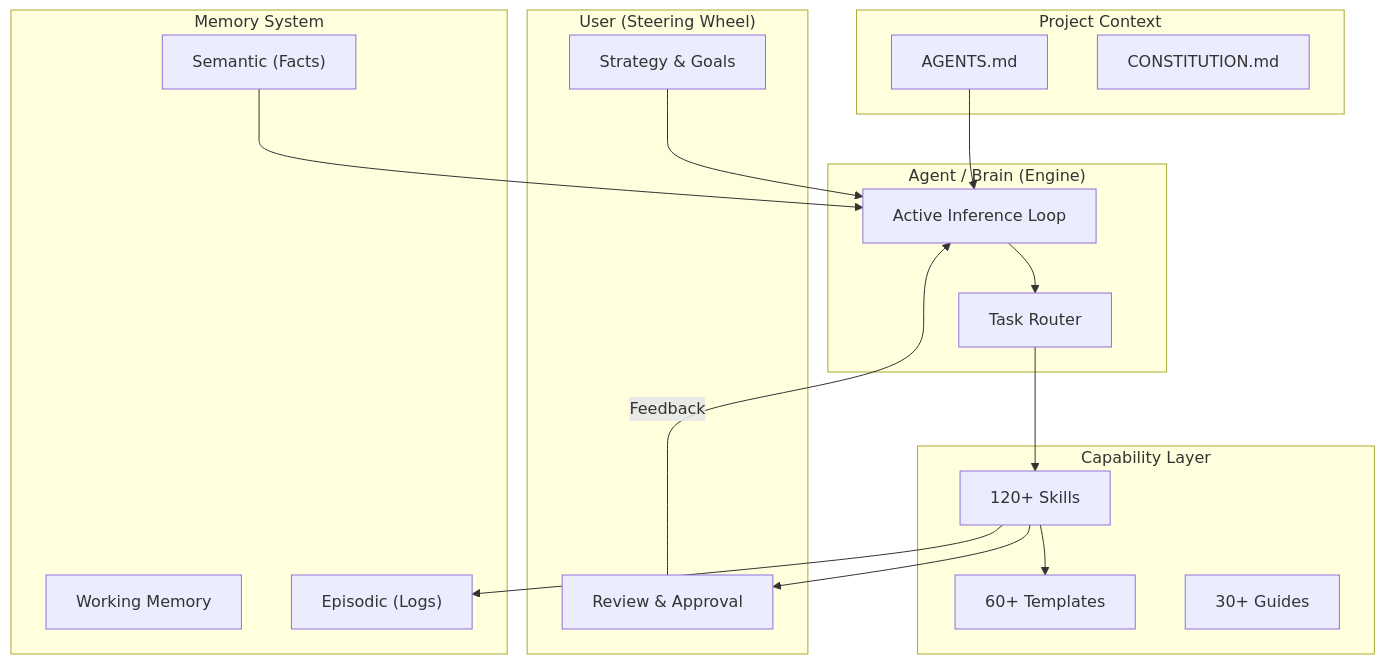
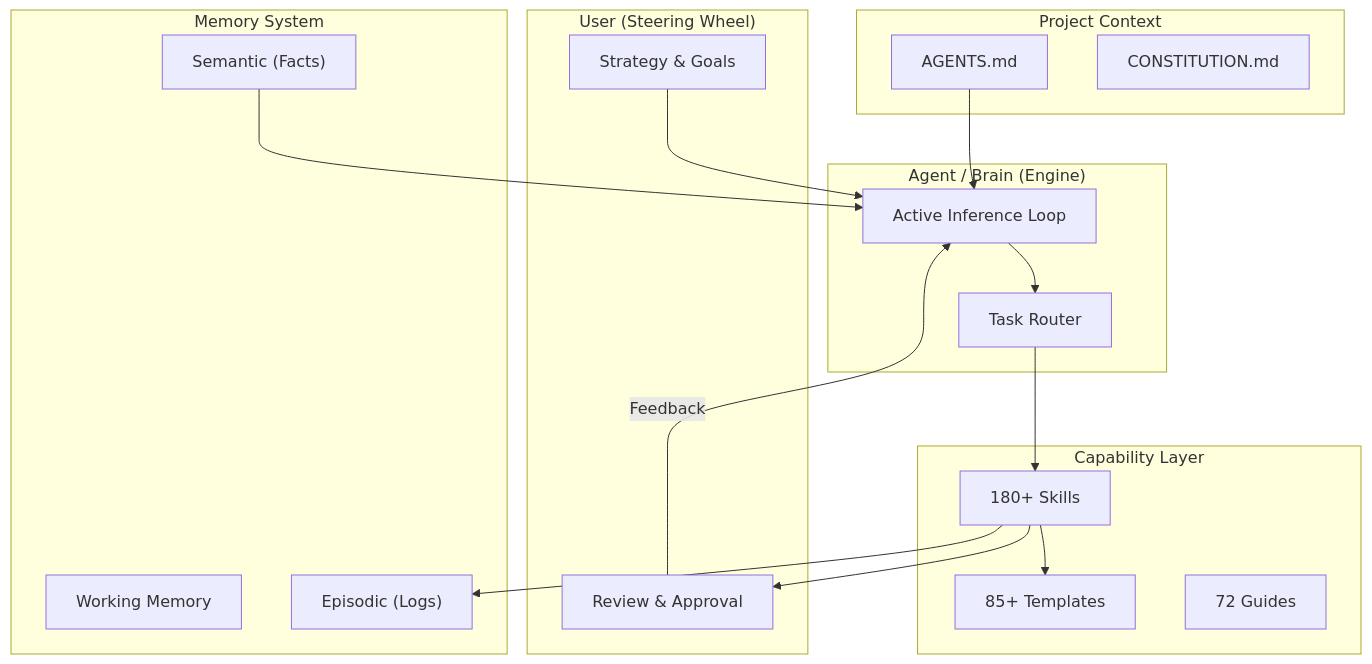
The second of 4 diagrams in README.md (andreibesleaga/GABBE), drawn with Mermaid before and after one commit. The commit also changed other lines of this file and 67 other files, not shown here.

````diff
--- a/README.md
+++ b/README.md
@@ -266,39 +283,39 @@
 ```mermaid
 graph TB
     subgraph Human ["User (Steering Wheel)"]
         H1[Strategy & Goals]
         H2[Review & Approval]
     end
 
     subgraph Agent ["Agent / Brain (Engine)"]
         B1[Active Inference Loop]
         B2[Task Router]
     end
 
     subgraph Context ["Project Context"]
         C1[AGENTS.md]
         C2[CONSTITUTION.md]
     end
 
     subgraph Tools ["Capability Layer"]
-        S[120+ Skills]
-        T[60+ Templates]
-        G[30+ Guides]
+        S[180+ Skills]
+        T[85+ Templates]
+        G[72 Guides]
     end
 
     subgraph Memory ["Memory System"]
         M1[Working Memory]
         M2["Episodic (Logs)"]
         M3["Semantic (Facts)"]
     end
 
     H1 --> B1
     C1 --> B1
     B1 --> B2
     B2 --> S
     S --> T
     S --> M2
     M3 --> B1
     S --> H2
     H2 -- Feedback --> B1
 ```
````
